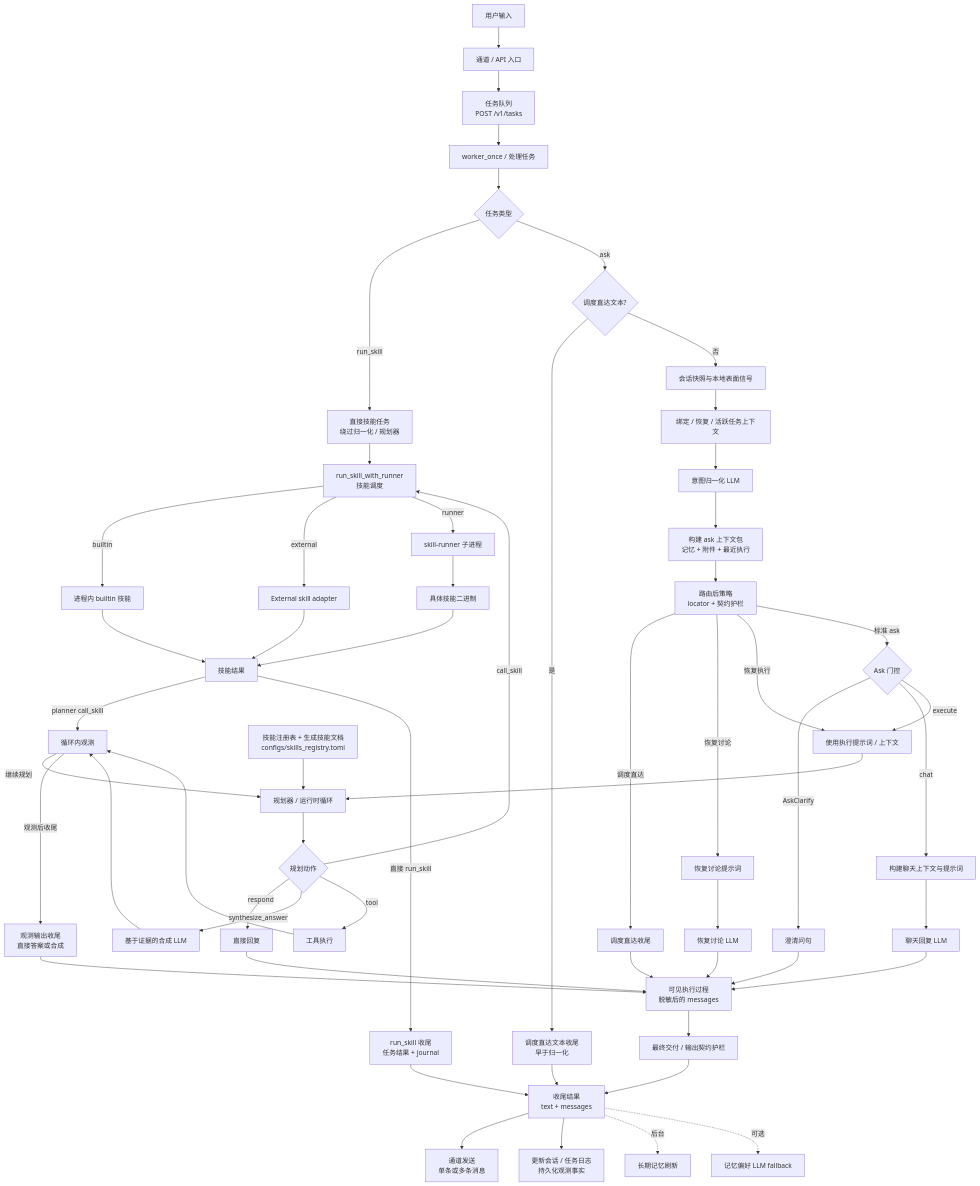
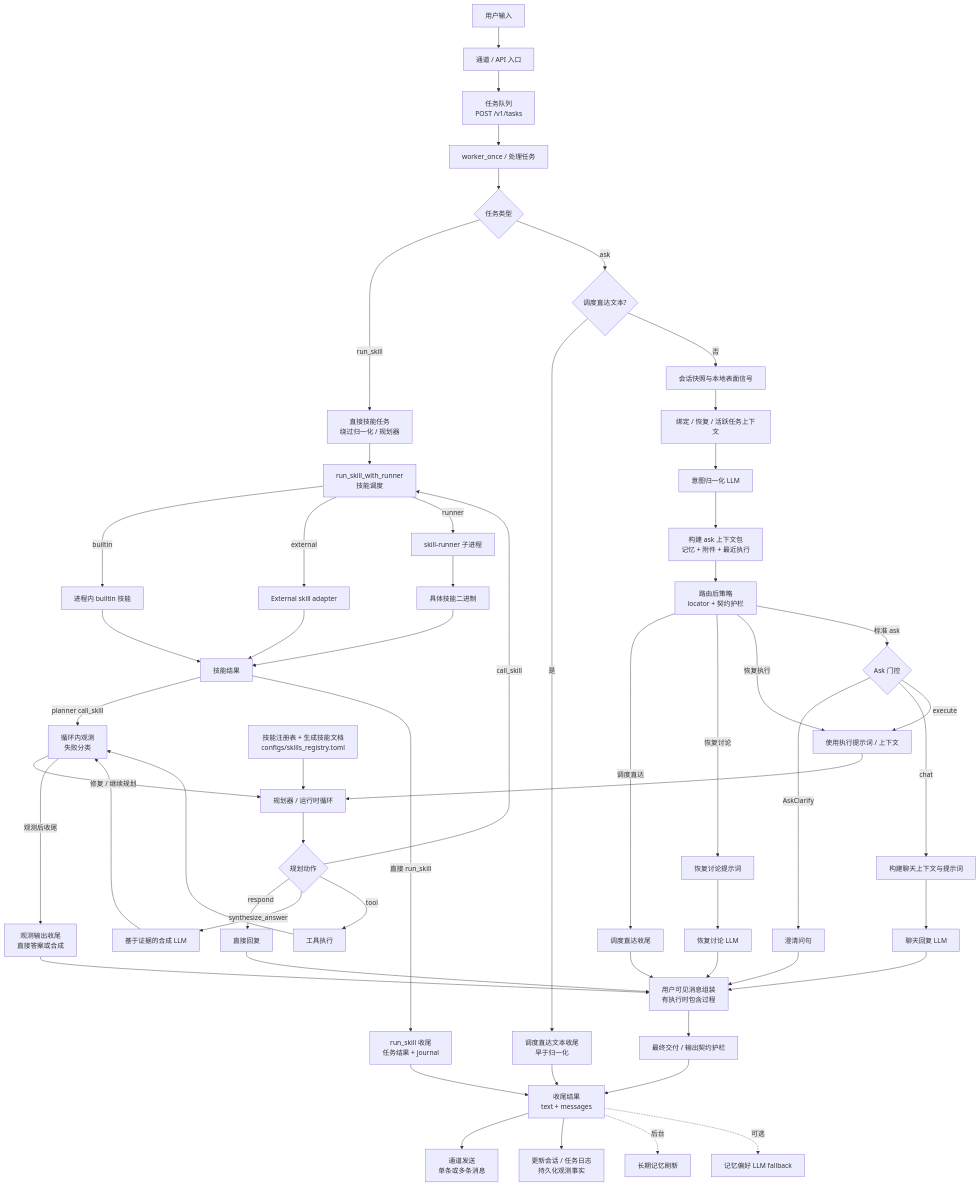
Before and after one commit to MatrixCoreX/RustClaw: the first of 2 diagrams in README.zh-CN.md, drawn with Mermaid. The commit also changed other lines of this file and 1 other file, not shown here.

Commit message:
Align README flow diagrams

````diff
--- a/README.zh-CN.md
+++ b/README.zh-CN.md
@@ -28,59 +28,59 @@
 ```mermaid
 flowchart TD
     A[用户输入] --> B[通道 / API 入口]
     B --> B1[任务队列<br/>POST /v1/tasks]
     B1 --> B2[worker_once / 处理任务]
     B2 --> B3{任务类型}
     B3 -->|run_skill| RS[直接技能任务<br/>绕过归一化 / 规划器]
     B3 -->|ask| C0{调度直达文本?}
     C0 -->|是| SD0[调度直达文本收尾<br/>早于归一化]
     C0 -->|否| C[会话快照与本地表面信号]
     C --> D[绑定 / 恢复 / 活跃任务上下文]
     D --> E[意图归一化 LLM]
     E --> EC[构建 ask 上下文包<br/>记忆 + 附件 + 最近执行]
     EC --> E2[路由后策略<br/>locator + 契约护栏]
     E2 -->|调度直达| SD[调度直达收尾]
     E2 -->|恢复讨论| RD[恢复讨论提示词]
     E2 -->|恢复执行| H
     E2 -->|标准 ask| F{Ask 门控}
     F -->|AskClarify| G[澄清问句]
     F -->|chat| CH[构建聊天上下文与提示词]
     CH --> CR[聊天回复 LLM]
     F -->|execute| H[使用执行提示词 / 上下文]
     SK[技能注册表 + 生成技能文档<br/>configs/skills_registry.toml] --> I
     H --> I[规划器 / 运行时循环]
     I --> L{规划动作}
     L -->|respond| M[直接回复]
     L -->|synthesize_answer| SS[基于证据的合成 LLM]
     L -->|tool| N[工具执行]
     L -->|call_skill| N1[run_skill_with_runner<br/>技能调度]
     RS --> N1
     N1 -->|builtin| N1B[进程内 builtin 技能]
     N1 -->|external| N1E[External skill adapter]
     N1 -->|runner| N2[skill-runner 子进程]
     N2 --> N3[具体技能二进制]
     N1B --> SR[技能结果]
     N1E --> SR
     N3 --> SR
     SR -->|planner call_skill| P
     SR -->|直接 run_skill| RSK[run_skill 收尾<br/>任务结果 + journal]
-    N --> P[循环内观测]
+    N --> P[循环内观测<br/>失败分类]
     SS --> P
-    P -->|继续规划| I
+    P -->|修复 / 继续规划| I
     P -->|观测后收尾| OF[观测输出收尾<br/>直接答案或合成]
-    M --> VP[可见执行过程<br/>脱敏后的 messages]
+    M --> VP[用户可见消息组装<br/>有执行时包含过程]
     CR --> VP
     G --> VP
     OF --> VP
     SD --> VP
     RD --> RDL[恢复讨论 LLM]
     RDL --> VP
     VP --> Q[最终交付 / 输出契约护栏]
     Q --> R[收尾结果<br/>text + messages]
     SD0 --> R
     RSK --> R
     R --> S[通道发送<br/>单条或多条消息]
     R --> T[更新会话 / 任务日志<br/>持久化观测事实]
     R -. 后台 .-> U[长期记忆刷新]
     R -. 可选 .-> V[记忆偏好 LLM fallback]
 ```
````
